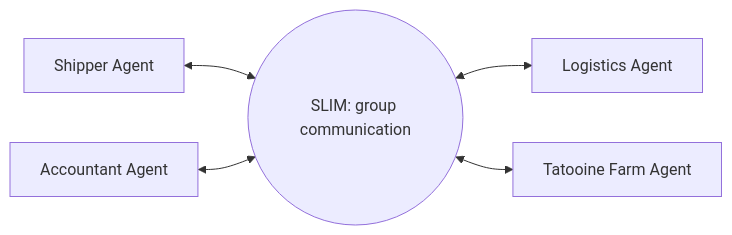
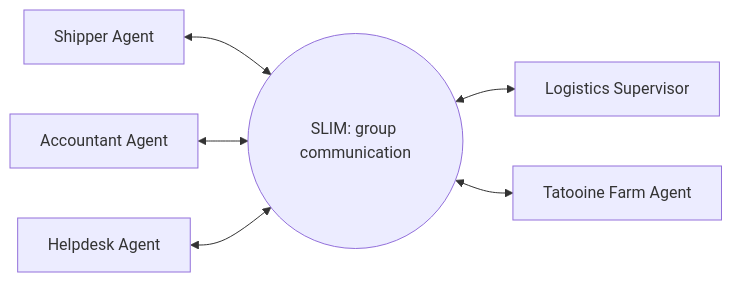
The third of 3 diagrams in docs/coffee-agntcy/get-started.md (agntcy/docs), drawn with Mermaid before and after one commit. The commit also changed other lines of this file and 1 other file, not shown here.

````diff
--- a/docs/coffee-agntcy/get-started.md
+++ b/docs/coffee-agntcy/get-started.md
@@ -83,7 +93,8 @@
 ```mermaid
 graph LR
     SA[Shipper Agent] <--> GC((SLIM: group communication))
     AA[Accountant Agent] <--> GC
-    GC <--> LA[Logistics Agent]
+    HA[Helpdesk Agent] <--> GC
+    GC <--> LS[Logistics Supervisor]
     GC <--> TF[Tatooine Farm Agent]
 ```
````
